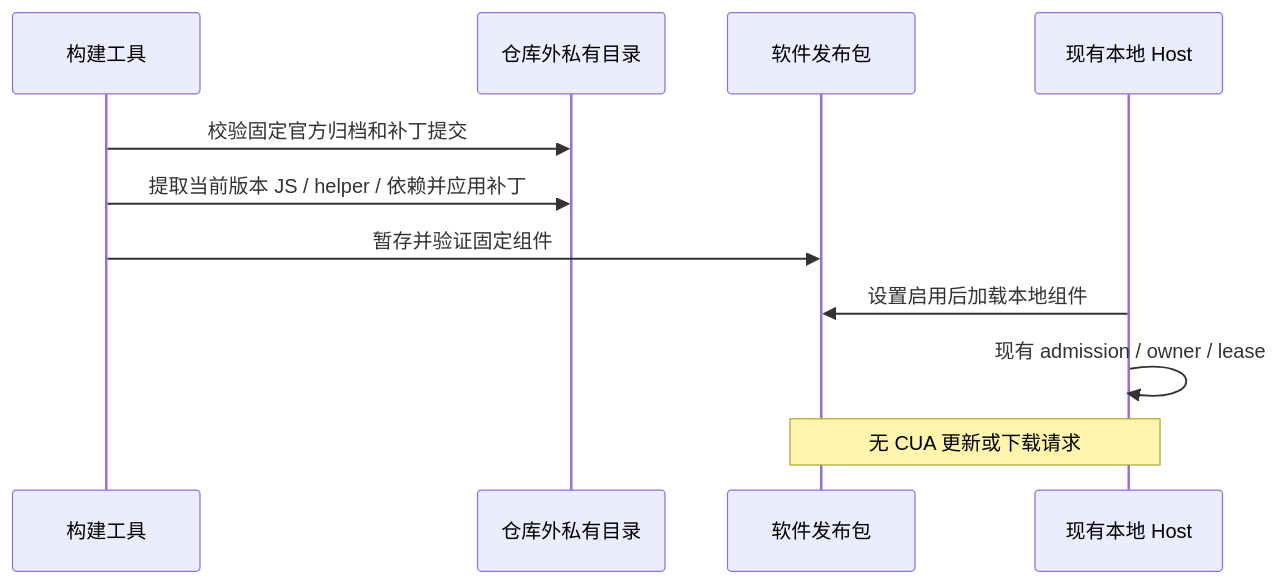
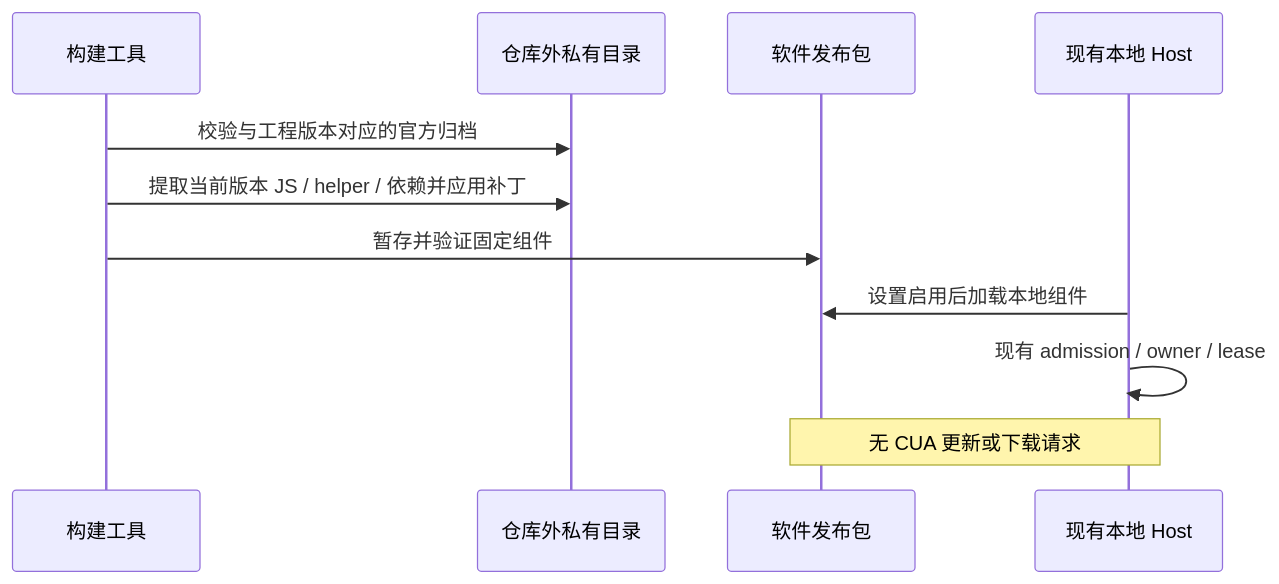
The diagram in specs/bundled-computer-use.md (6ccg/ZCode), drawn with Mermaid before and after one commit. The commit also changed other lines of this file and 19 other files, not shown here.

````diff
--- a/specs/bundled-computer-use.md
+++ b/specs/bundled-computer-use.md
@@ -14,13 +14,13 @@
 ```mermaid
 sequenceDiagram
     participant B as 构建工具
     participant P as 仓库外私有目录
     participant A as 软件发布包
     participant H as 现有本地 Host
-    B->>P: 校验固定官方归档和补丁提交
+    B->>P: 校验与工程版本对应的官方归档
     B->>P: 提取当前版本 JS / helper / 依赖并应用补丁
     B->>A: 暂存并验证固定组件
     H->>A: 设置启用后加载本地组件
     H->>H: 现有 admission / owner / lease
     Note over H,A: 无 CUA 更新或下载请求
 ```
````
